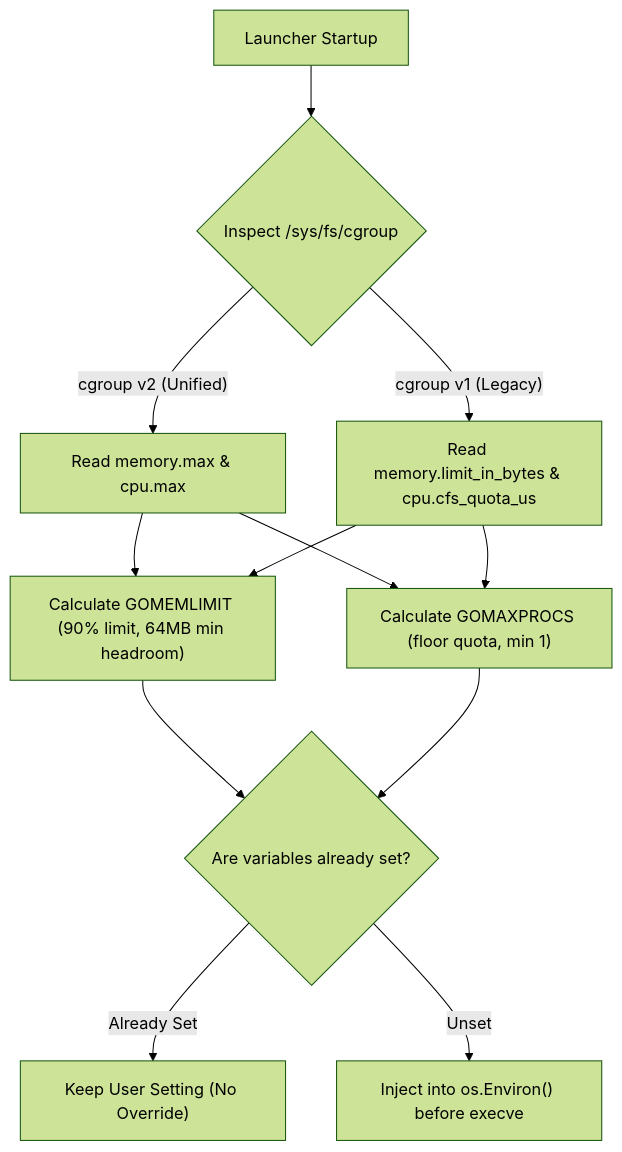
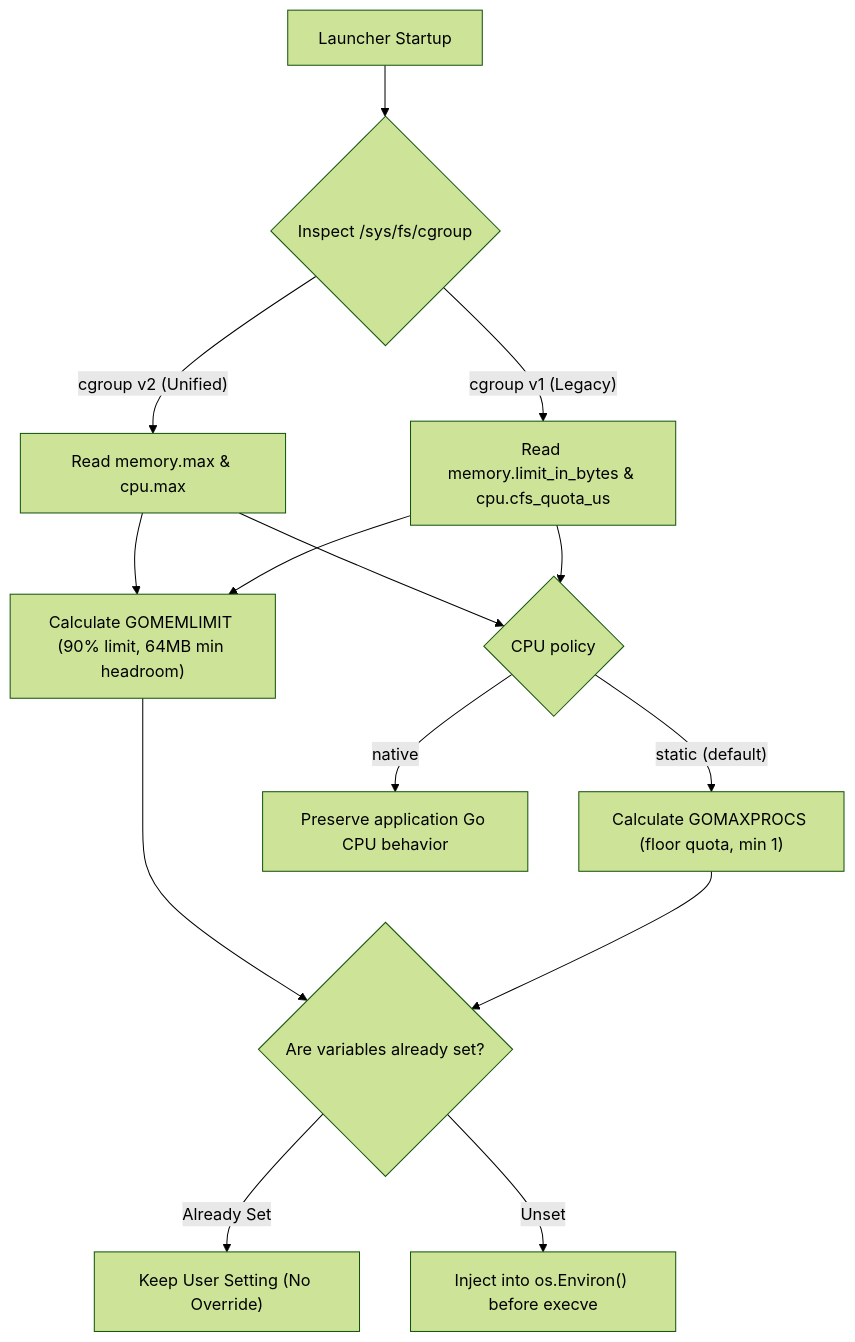
One commit to EpicBlackWolfZ/microfat changed the first of 2 diagrams in docs/runtime-tuning.md. Above: the diagram before and after it, drawn with Mermaid (forest theme). The commit also changed other lines of this file and 22 other files, not shown here.

````diff
--- a/docs/runtime-tuning.md
+++ b/docs/runtime-tuning.md
@@ -32,18 +33,20 @@
 ```mermaid
 flowchart TD
     Launcher["Launcher Startup"] --> Probe{"Inspect /sys/fs/cgroup"}
     
     Probe -->|"cgroup v2 (Unified)"| V2["Read memory.max & cpu.max"]
     Probe -->|"cgroup v1 (Legacy)"| V1["Read memory.limit_in_bytes & cpu.cfs_quota_us"]
     
     V2 --> CalcMem["Calculate GOMEMLIMIT (90% limit, 64MB min headroom)"]
     V1 --> CalcMem
     
-    V2 --> CalcCPU["Calculate GOMAXPROCS (floor quota, min 1)"]
-    V1 --> CalcCPU
+    V2 --> CPUPolicy{"CPU policy"}
+    V1 --> CPUPolicy
+    CPUPolicy -->|"static (default)"| CalcCPU["Calculate GOMAXPROCS (floor quota, min 1)"]
+    CPUPolicy -->|"native"| NativeCPU["Preserve application Go CPU behavior"]
     
     CalcMem --> CheckEnv{"Are variables already set?"}
     CalcCPU --> CheckEnv
     CheckEnv -->|"Already Set"| Preserve["Keep User Setting (No Override)"]
     CheckEnv -->|"Unset"| Inject["Inject into os.Environ() before execve"]
 ```
````
